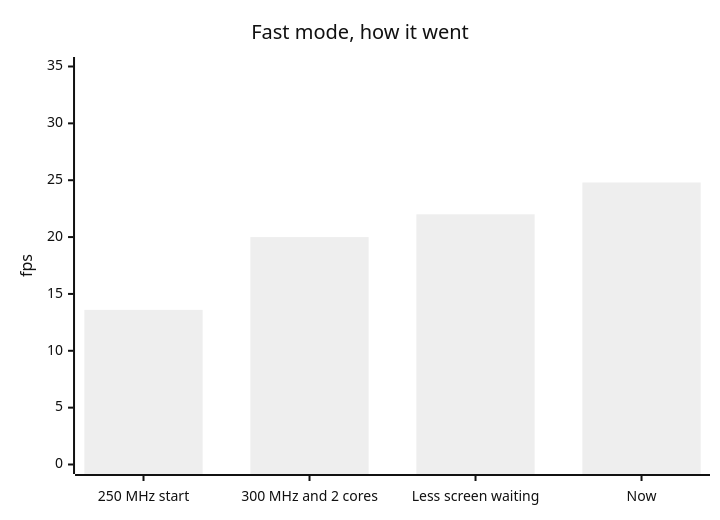
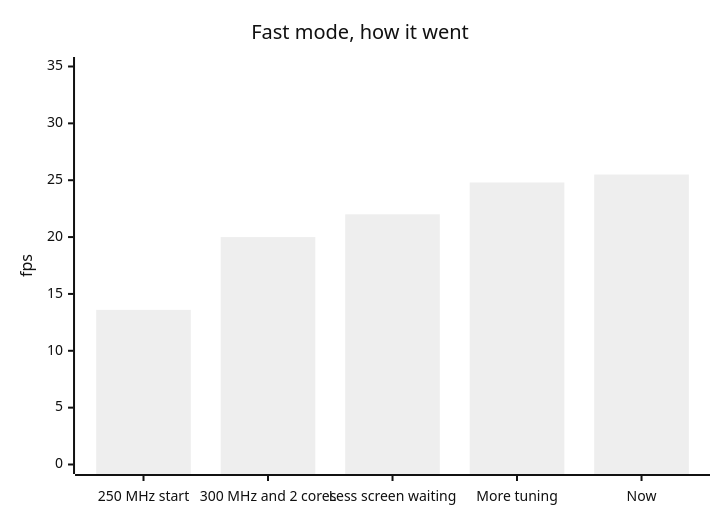
The first of 5 diagrams in README.md (Dee-1862/quake-rp2040), drawn with Mermaid (neutral theme) before and after one commit. The commit also changed other lines of this file and 2 other files, not shown here.

````diff
--- a/README.md
+++ b/README.md
@@ -33,7 +33,7 @@
 ```mermaid
 xychart-beta
   title "Fast mode, how it went"
-  x-axis ["250 MHz start", "300 MHz and 2 cores", "Less screen waiting", "Now"]
+  x-axis ["250 MHz start", "300 MHz and 2 cores", "Less screen waiting", "More tuning", "Now"]
   y-axis "fps" 0 --> 35
-  bar [13.6, 20.0, 22.0, 24.8]
+  bar [13.6, 20.0, 22.0, 24.8, 25.5]
 ```
````
